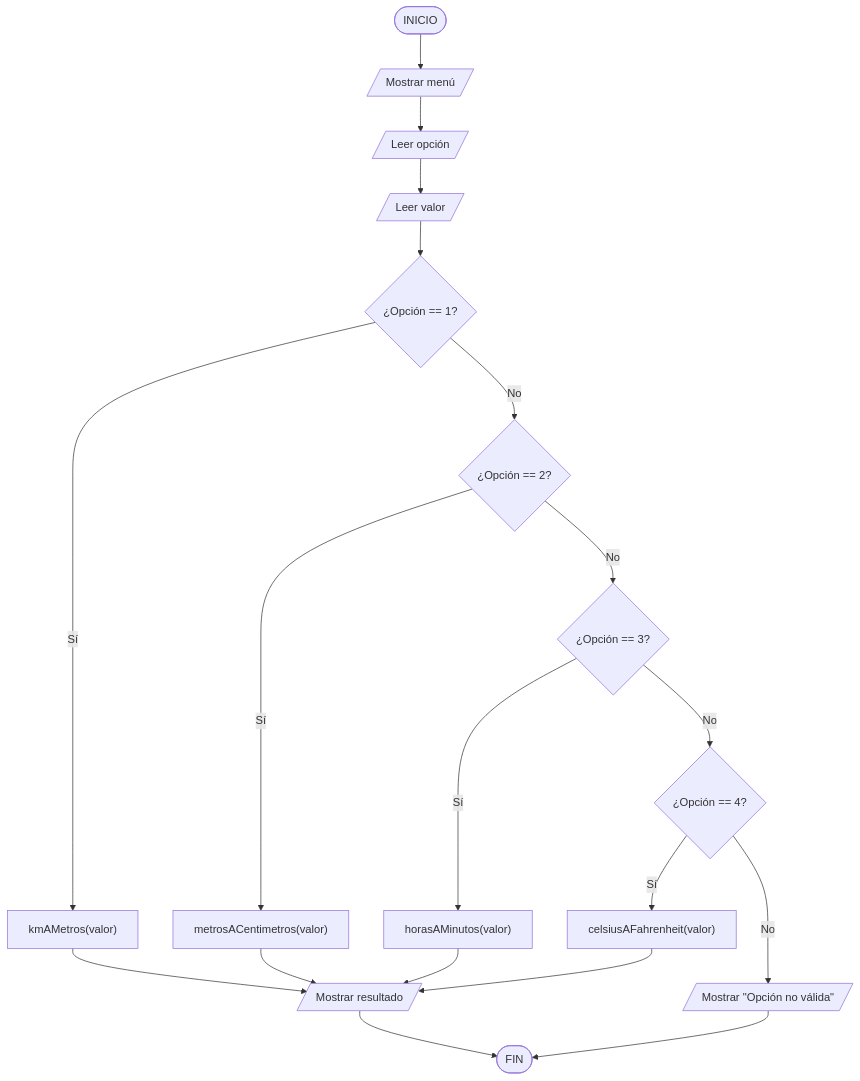
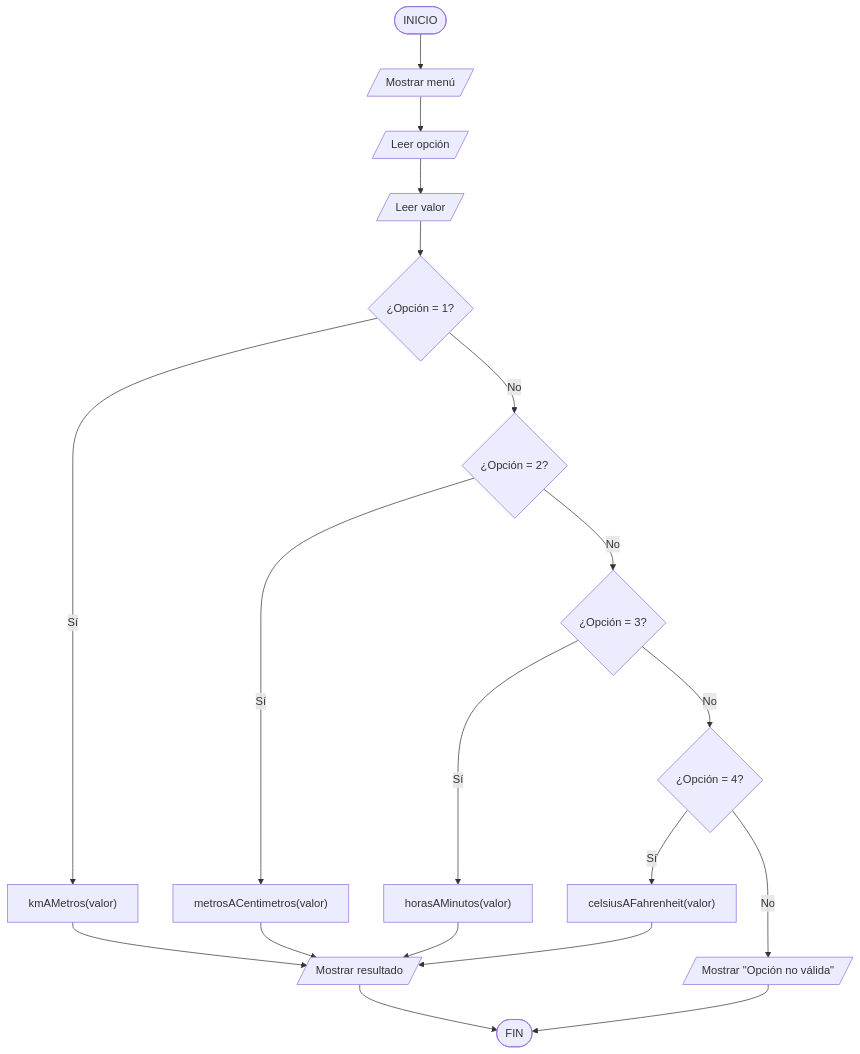
Before and after one commit to JulianGHJimenez/PRODAM: the diagram in UT1/act3/ejercicio1-conversor/diagrama.mmd, drawn with Mermaid.

```diff
--- a/UT1/act3/ejercicio1-conversor/diagrama.mmd
+++ b/UT1/act3/ejercicio1-conversor/diagrama.mmd
@@ -1,30 +1,30 @@
 flowchart TD
     %% Construye aquí tu diagrama completo.
     %% Debe incluir inicio, fin, entradas/salidas, decisiones,
     %% llamadas a las cuatro funciones y flechas de flujo.
 
   A([INICIO]) --> B[/Mostrar menú/]
     B --> C[/Leer opción/]
     C --> D[/Leer valor/]
 
-    D --> E{¿Opción == 1?}
+    D --> E{¿Opción = 1?}
 
     E -- Sí --> F["kmAMetros(valor)"]
-    E -- No --> G{¿Opción == 2?}
+    E -- No --> G{¿Opción = 2?}
 
     G -- Sí --> H["metrosACentimetros(valor)"]
-    G -- No --> I{¿Opción == 3?}
+    G -- No --> I{¿Opción = 3?}
 
     I -- Sí --> J["horasAMinutos(valor)"]
-    I -- No --> K{¿Opción == 4?}
+    I -- No --> K{¿Opción = 4?}
 
     K -- Sí --> L["celsiusAFahrenheit(valor)"]
     K -- No --> M[/Mostrar "Opción no válida"/]
 
     F --> N[/Mostrar resultado/]
     H --> N
     J --> N
     L --> N
 
     N --> O([FIN])
     M --> O
```
